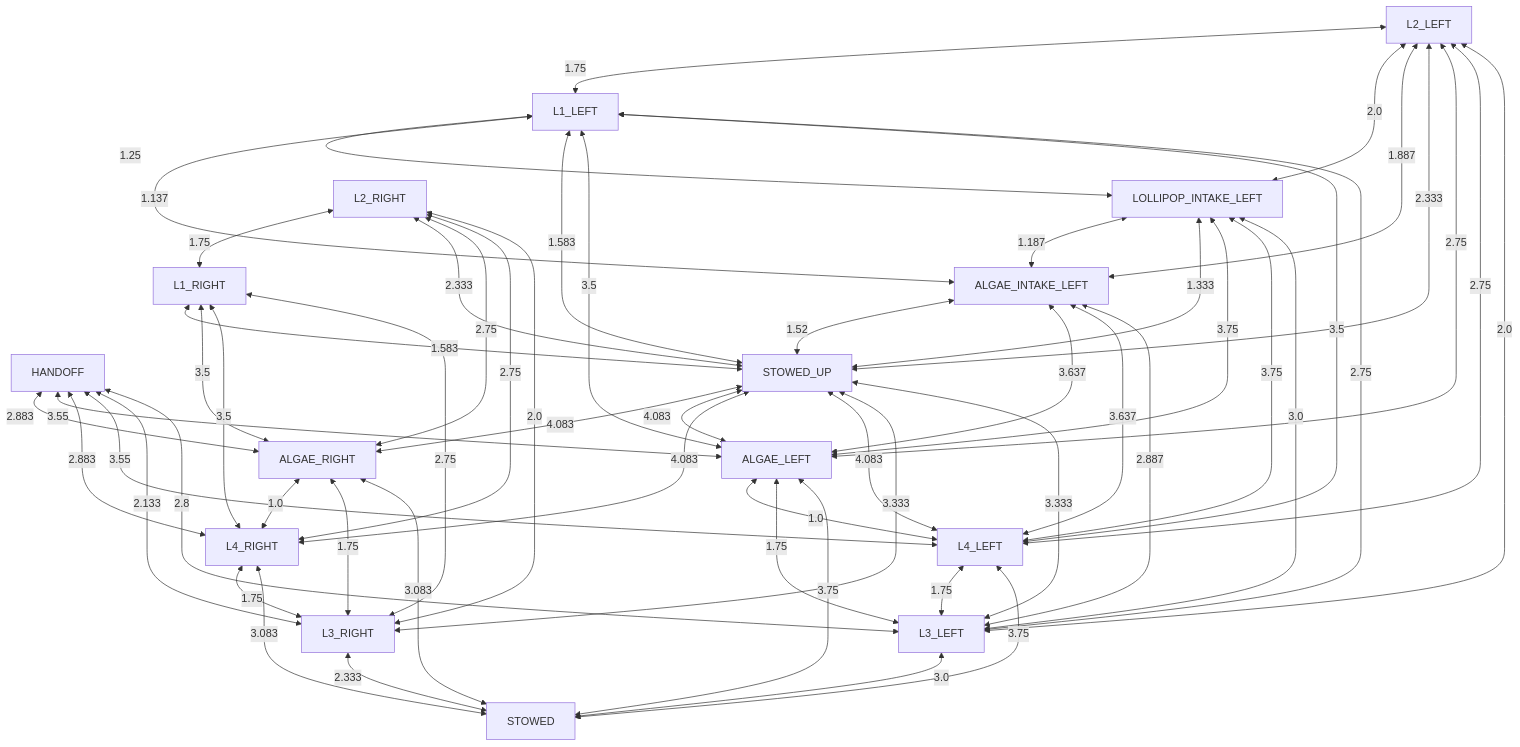
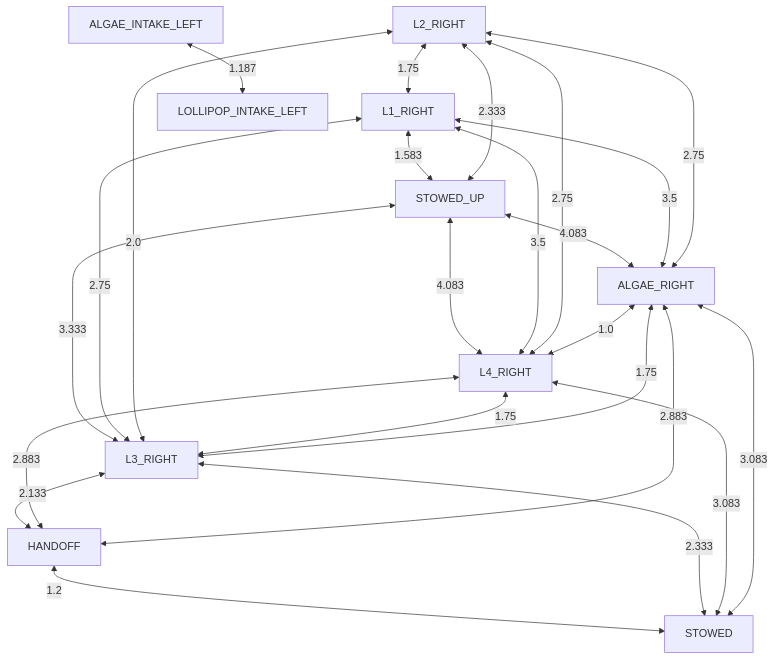
The diagram in docs/collision_avoidance/left_obstructed.md (team581/offseason-2025-comp), drawn with Mermaid before and after one commit. The commit also changed 3 other files, not shown here.

````diff
--- a/docs/collision_avoidance/left_obstructed.md
+++ b/docs/collision_avoidance/left_obstructed.md
@@ -3,59 +3,27 @@
 ```mermaid
 graph TD
 
-L3_LEFT <-- 3.0 --> STOWED
+HANDOFF <-- 1.2 --> STOWED
 L3_RIGHT <-- 2.333 --> STOWED
-L4_LEFT <-- 3.75 --> STOWED
 L4_RIGHT <-- 3.083 --> STOWED
-ALGAE_LEFT <-- 3.75 --> STOWED
 ALGAE_RIGHT <-- 3.083 --> STOWED
-HANDOFF <-- 2.8 --> L3_LEFT
-STOWED_UP <-- 3.333 --> L3_LEFT
-ALGAE_INTAKE_LEFT <-- 2.887 --> L3_LEFT
-LOLLIPOP_INTAKE_LEFT <-- 3.0 --> L3_LEFT
-L1_LEFT <-- 2.75 --> L3_LEFT
-L2_LEFT <-- 2.0 --> L3_LEFT
-L4_LEFT <-- 1.75 --> L3_LEFT
-ALGAE_LEFT <-- 1.75 --> L3_LEFT
-HANDOFF <-- 2.133 --> L3_RIGHT
+L3_RIGHT <-- 2.133 --> HANDOFF
+L4_RIGHT <-- 2.883 --> HANDOFF
+ALGAE_RIGHT <-- 2.883 --> HANDOFF
 STOWED_UP <-- 3.333 --> L3_RIGHT
 L1_RIGHT <-- 2.75 --> L3_RIGHT
 L2_RIGHT <-- 2.0 --> L3_RIGHT
 L4_RIGHT <-- 1.75 --> L3_RIGHT
 ALGAE_RIGHT <-- 1.75 --> L3_RIGHT
-HANDOFF <-- 3.55 --> L4_LEFT
-STOWED_UP <-- 4.083 --> L4_LEFT
-ALGAE_INTAKE_LEFT <-- 3.637 --> L4_LEFT
-LOLLIPOP_INTAKE_LEFT <-- 3.75 --> L4_LEFT
-L1_LEFT <-- 3.5 --> L4_LEFT
-L2_LEFT <-- 2.75 --> L4_LEFT
-ALGAE_LEFT <-- 1.0 --> L4_LEFT
-HANDOFF <-- 2.883 --> L4_RIGHT
 STOWED_UP <-- 4.083 --> L4_RIGHT
 L1_RIGHT <-- 3.5 --> L4_RIGHT
 L2_RIGHT <-- 2.75 --> L4_RIGHT
 ALGAE_RIGHT <-- 1.0 --> L4_RIGHT
-HANDOFF <-- 3.55 --> ALGAE_LEFT
-STOWED_UP <-- 4.083 --> ALGAE_LEFT
-ALGAE_INTAKE_LEFT <-- 3.637 --> ALGAE_LEFT
-LOLLIPOP_INTAKE_LEFT <-- 3.75 --> ALGAE_LEFT
-L1_LEFT <-- 3.5 --> ALGAE_LEFT
-L2_LEFT <-- 2.75 --> ALGAE_LEFT
-HANDOFF <-- 2.883 --> ALGAE_RIGHT
 STOWED_UP <-- 4.083 --> ALGAE_RIGHT
 L1_RIGHT <-- 3.5 --> ALGAE_RIGHT
 L2_RIGHT <-- 2.75 --> ALGAE_RIGHT
-ALGAE_INTAKE_LEFT <-- 1.52 --> STOWED_UP
-LOLLIPOP_INTAKE_LEFT <-- 1.333 --> STOWED_UP
-L1_LEFT <-- 1.583 --> STOWED_UP
-L2_LEFT <-- 2.333 --> STOWED_UP
 L1_RIGHT <-- 1.583 --> STOWED_UP
 L2_RIGHT <-- 2.333 --> STOWED_UP
-LOLLIPOP_INTAKE_LEFT <-- 1.187 --> ALGAE_INTAKE_LEFT
-L1_LEFT <-- 1.137 --> ALGAE_INTAKE_LEFT
-L2_LEFT <-- 1.887 --> ALGAE_INTAKE_LEFT
-L1_LEFT <-- 1.25 --> LOLLIPOP_INTAKE_LEFT
-L2_LEFT <-- 2.0 --> LOLLIPOP_INTAKE_LEFT
-L2_LEFT <-- 1.75 --> L1_LEFT
+ALGAE_INTAKE_LEFT <-- 1.187 --> LOLLIPOP_INTAKE_LEFT
 L2_RIGHT <-- 1.75 --> L1_RIGHT
 ```
````
